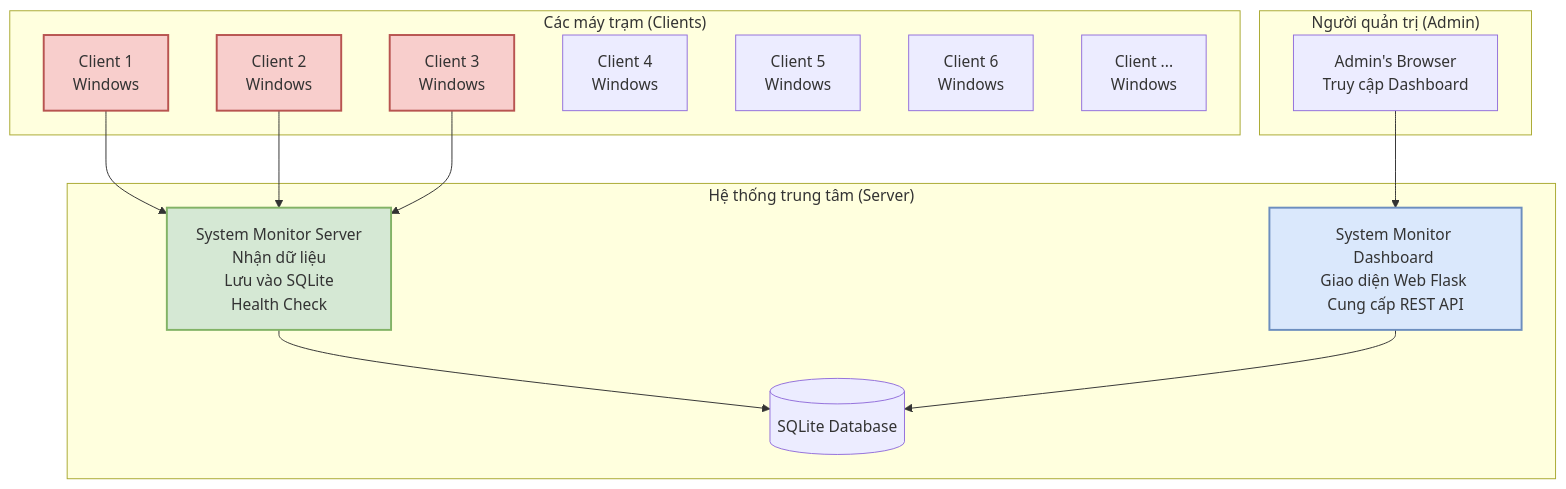
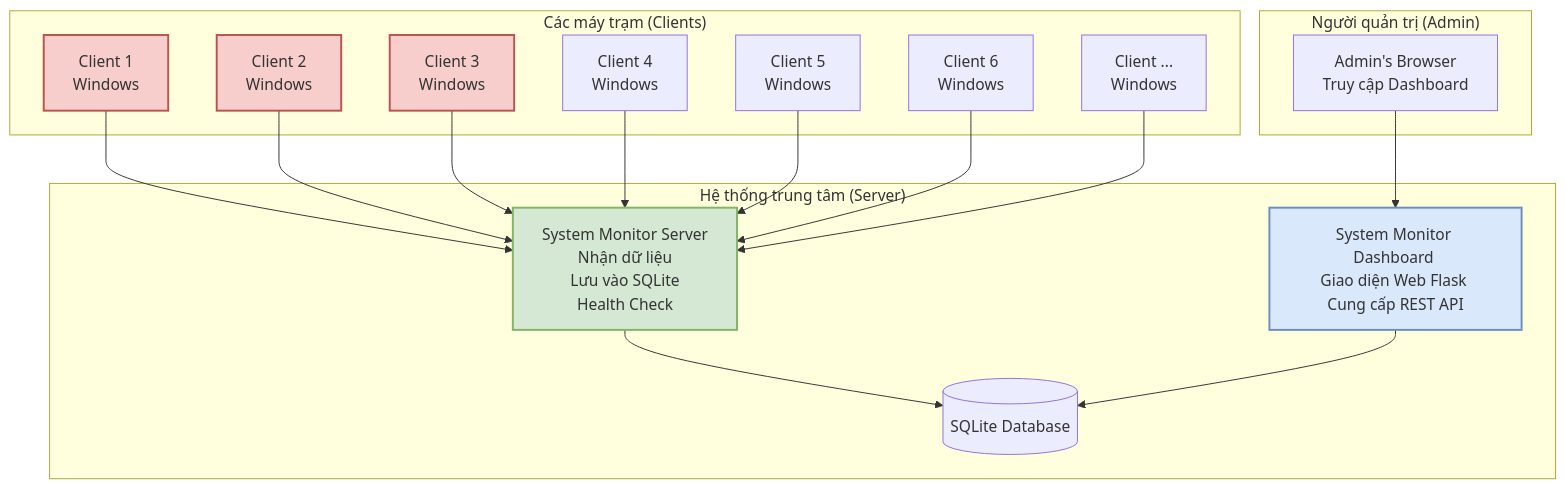
One commit to caophuocdanh/System-Monitor changed the diagram in README.md. Above: the diagram before and after it, drawn with Mermaid.

````diff
--- a/README.md
+++ b/README.md
@@ -56,36 +56,40 @@
 ```mermaid
 graph TD
     subgraph "Các máy trạm (Clients)"
         C1[Client 1 <br> Windows]
         C2[Client 2 <br> Windows]
         C3[Client 3 <br> Windows]
         C4[Client 4 <br> Windows]
         C5[Client 5 <br> Windows]
         C6[Client 6 <br> Windows]
         C7[Client ... <br> Windows]
     end
 
     subgraph "Hệ thống trung tâm (Server)"
         S[System Monitor Server <br>Nhận dữ liệu <br>Lưu vào SQLite <br>Health Check]
         DB[(SQLite Database)]
         DASH[System Monitor Dashboard <br>Giao diện Web Flask <br>Cung cấp REST API]
     end
 
     subgraph "Người quản trị (Admin)"
         ADMIN[Admin's Browser <br> Truy cập Dashboard]
     end
 
     C1 --> S
     C2 --> S
     C3 --> S
+    C4 --> S
+    C5 --> S
+    C6 --> S
+    C7 --> S
 
     S --> DB
     DASH --> DB
     ADMIN --> DASH
 
     style S fill:#D5E8D4,stroke:#82B366,stroke-width:2px
     style DASH fill:#DAE8FC,stroke:#6C8EBF,stroke-width:2px
     style C1 fill:#F8CECC,stroke:#B85450,stroke-width:2px
     style C2 fill:#F8CECC,stroke:#B85450,stroke-width:2px
     style C3 fill:#F8CECC,stroke:#B85450,stroke-width:2px
 ```
````
